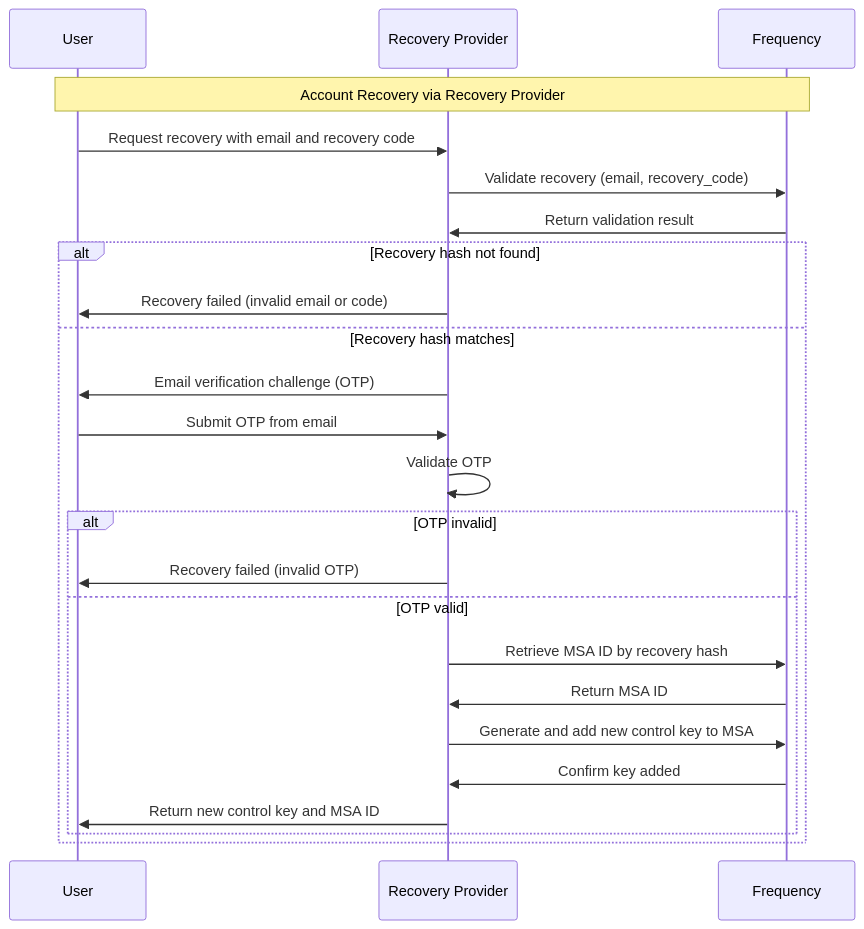
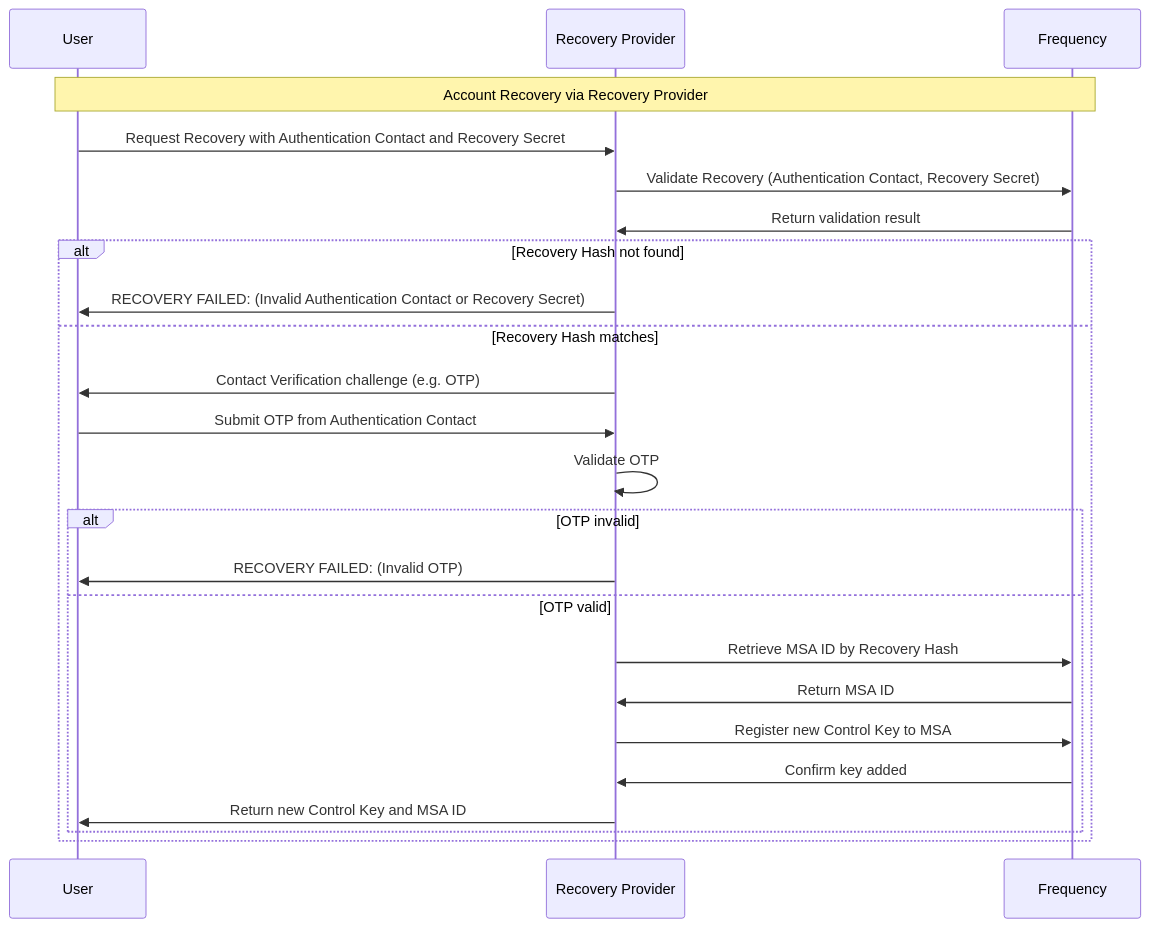
Before and after one commit to frequency-chain/frequency: the second of 2 diagrams in designdocs/recovery_system.md, drawn with Mermaid. The commit also changed other lines of this file, not shown here.

Commit message:
refactor: update terminology and improve clarity in recovery system documentation

````diff
--- a/designdocs/recovery_system.md
+++ b/designdocs/recovery_system.md
@@ -139,29 +168,29 @@
 ```mermaid
 sequenceDiagram
     participant U as User
     participant RP as Recovery Provider  
     participant F as Frequency
 
     Note over U,F: Account Recovery via Recovery Provider
-    U->>RP: Request recovery with email and recovery code
-    RP->>F: Validate recovery (email, recovery_code)
+    U->>RP: Request Recovery with Authentication Contact and Recovery Secret
+    RP->>F: Validate Recovery (Authentication Contact, Recovery Secret)
     F->>RP: Return validation result
     
-    alt Recovery hash not found
-        RP->>U: Recovery failed (invalid email or code)
-    else Recovery hash matches
-        RP->>U: Email verification challenge (OTP)
-        U->>RP: Submit OTP from email
+    alt Recovery Hash not found
+        RP->>U: RECOVERY FAILED: (Invalid Authentication Contact or Recovery Secret)
+    else Recovery Hash matches
+        RP->>U: Contact Verification challenge (e.g. OTP)
+        U->>RP: Submit OTP from Authentication Contact
         RP->>RP: Validate OTP
         
         alt OTP invalid
-            RP->>U: Recovery failed (invalid OTP)
+            RP->>U: RECOVERY FAILED: (Invalid OTP)
         else OTP valid
-            RP->>F: Retrieve MSA ID by recovery hash
+            RP->>F: Retrieve MSA ID by Recovery Hash
             F->>RP: Return MSA ID
-            RP->>F: Generate and add new control key to MSA
+            RP->>F: Register new Control Key to MSA
             F->>RP: Confirm key added
-            RP->>U: Return new control key and MSA ID
+            RP->>U: Return new Control Key and MSA ID
         end
     end
 ```
````
